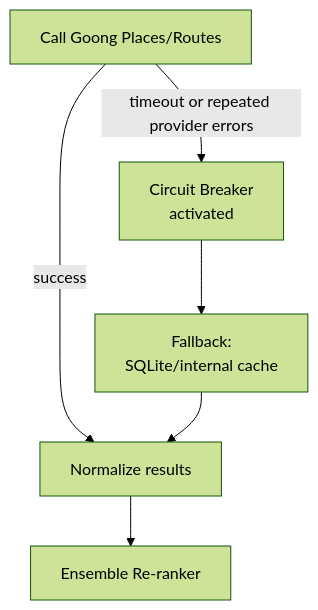
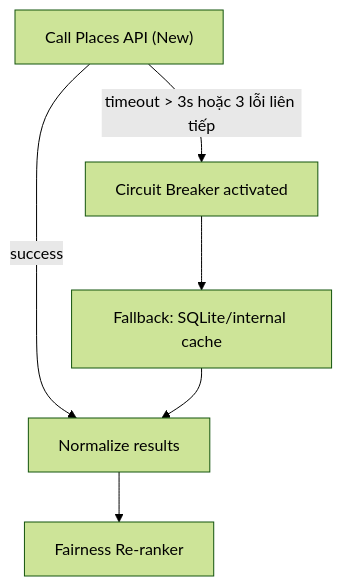
The sixth of 9 diagrams in docs/REQUIREMENTS.md (thanhnndev/citd-hk1-project), drawn with Mermaid (forest theme) before and after one commit. The commit also changed other lines of this file, not shown here.

````diff
--- a/docs/REQUIREMENTS.md
+++ b/docs/REQUIREMENTS.md
@@ -467,11 +718,9 @@
 ```mermaid
 flowchart TD
-    Call["Call Goong Places/Routes"]
+    Call["Call Places API (New)"]
     Call -->|success| Process["Normalize results"]
-    Call -->|timeout or repeated provider errors| CB["Circuit Breaker
-activated"]
-    CB --> SQLite["Fallback:
-SQLite/internal cache"]
+    Call -->|timeout > 3s hoặc 3 lỗi liên tiếp| CB["Circuit Breaker activated"]
+    CB --> SQLite["Fallback: SQLite/internal cache"]
     SQLite --> Process
-    Process --> RR["Ensemble Re-ranker"]
+    Process --> FR["Fairness Re-ranker"]
 ```
````
